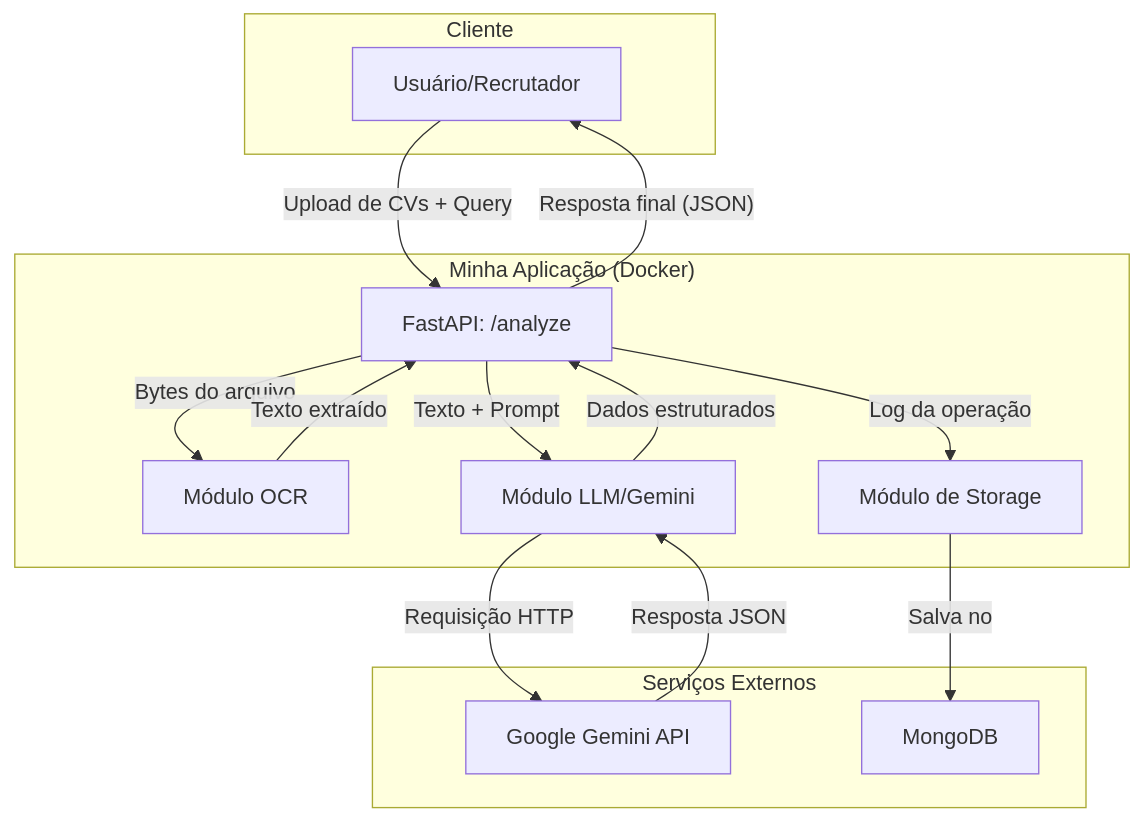
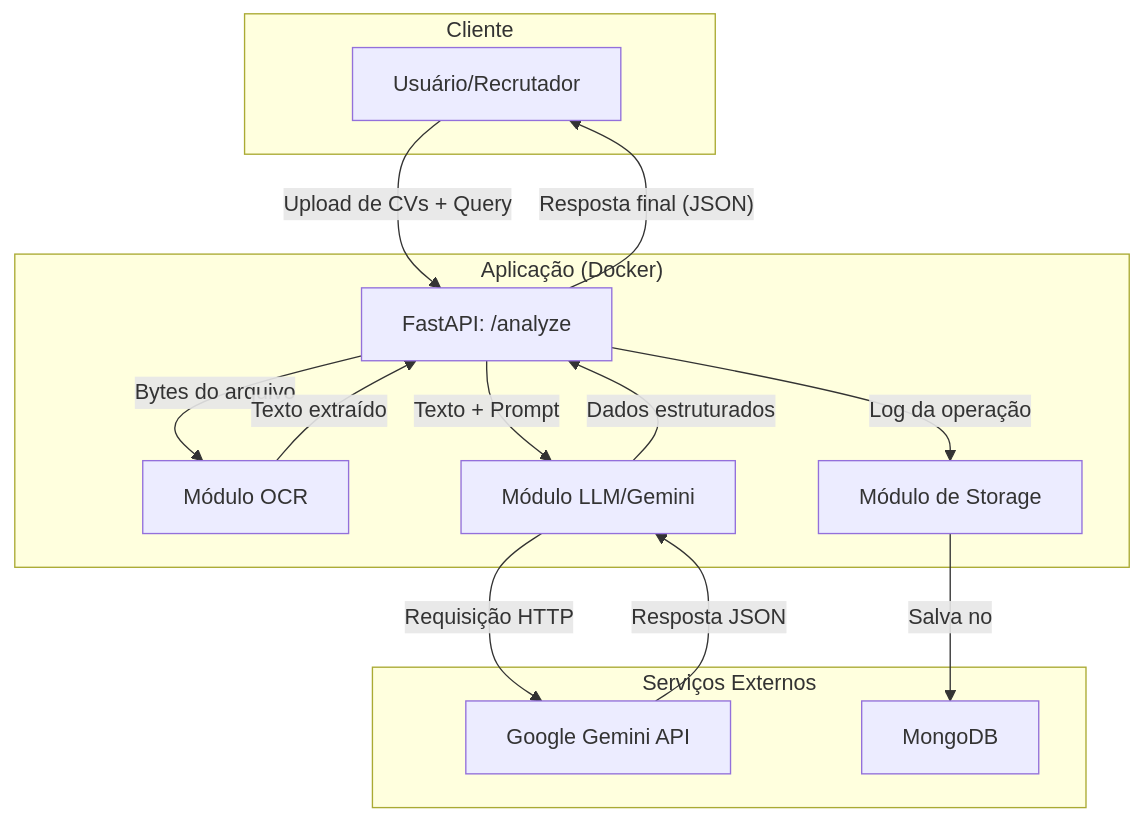
Before and after one commit to TheuXL/Dev.IA-Teddy: the diagram in README.md, drawn with Mermaid. The commit also changed other lines of this file, not shown here.

````diff
--- a/README.md
+++ b/README.md
@@ -28,29 +28,29 @@
 ```mermaid
 graph TD
     subgraph "Cliente"
         A[Usuário/Recrutador]
     end
 
-    subgraph "Minha Aplicação (Docker)"
+    subgraph "Aplicação (Docker)"
         B[FastAPI: /analyze]
         C[Módulo OCR]
         D[Módulo LLM/Gemini]
         E[Módulo de Storage]
     end
     
     subgraph "Serviços Externos"
         F[Google Gemini API]
         G[MongoDB]
     end
 
     A -- Upload de CVs + Query --> B
     B -- Bytes do arquivo --> C
     C -- Texto extraído --> B
     B -- Texto + Prompt --> D
     D -- Requisição HTTP --> F
     F -- Resposta JSON --> D
     D -- Dados estruturados --> B
     B -- Log da operação --> E
     E -- Salva no --> G
     B -- Resposta final (JSON) --> A
 ```
````
